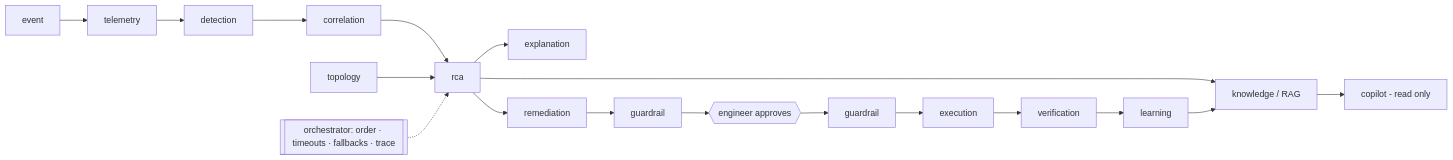
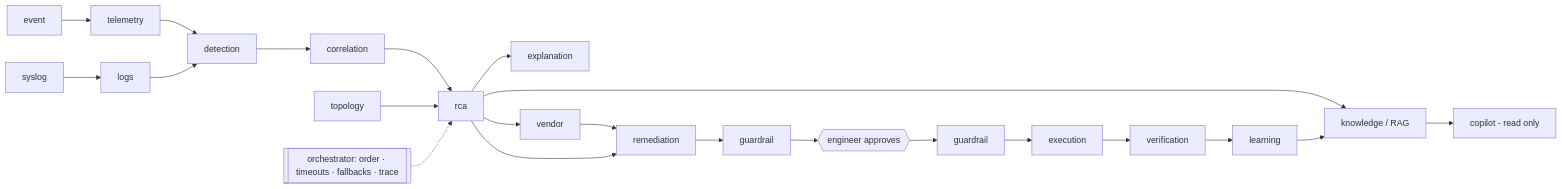
One commit to Muath477/frast1 changed the second of 2 diagrams in docs/ARCHITECTURE.md. Above: the diagram before and after it, drawn with Mermaid. The commit also changed other lines of this file and 100 other files, not shown here.

````diff
--- a/docs/ARCHITECTURE.md
+++ b/docs/ARCHITECTURE.md
@@ -50,10 +50,12 @@
 ```mermaid
 flowchart LR
   EV[event] --> TEL[telemetry] --> DET[detection] --> COR[correlation] --> RCA[rca]
+  SYS[syslog] --> LOG[logs] --> DET
   TOP[topology] --> RCA
-  RCA --> EXP[explanation] & KNO[knowledge / RAG]
+  RCA --> EXP[explanation] & KNO[knowledge / RAG] & VEN[vendor]
+  VEN --> REM
   RCA --> REM[remediation] --> GR[guardrail]
   GR --> H{{engineer approves}} --> GR2[guardrail] --> EXE[execution] --> VER[verification] --> LRN[learning]
   LRN --> KNO --> COP[copilot - read only]
   ORC[[orchestrator: order · timeouts · fallbacks · trace]] -.-> RCA
 ```
````
